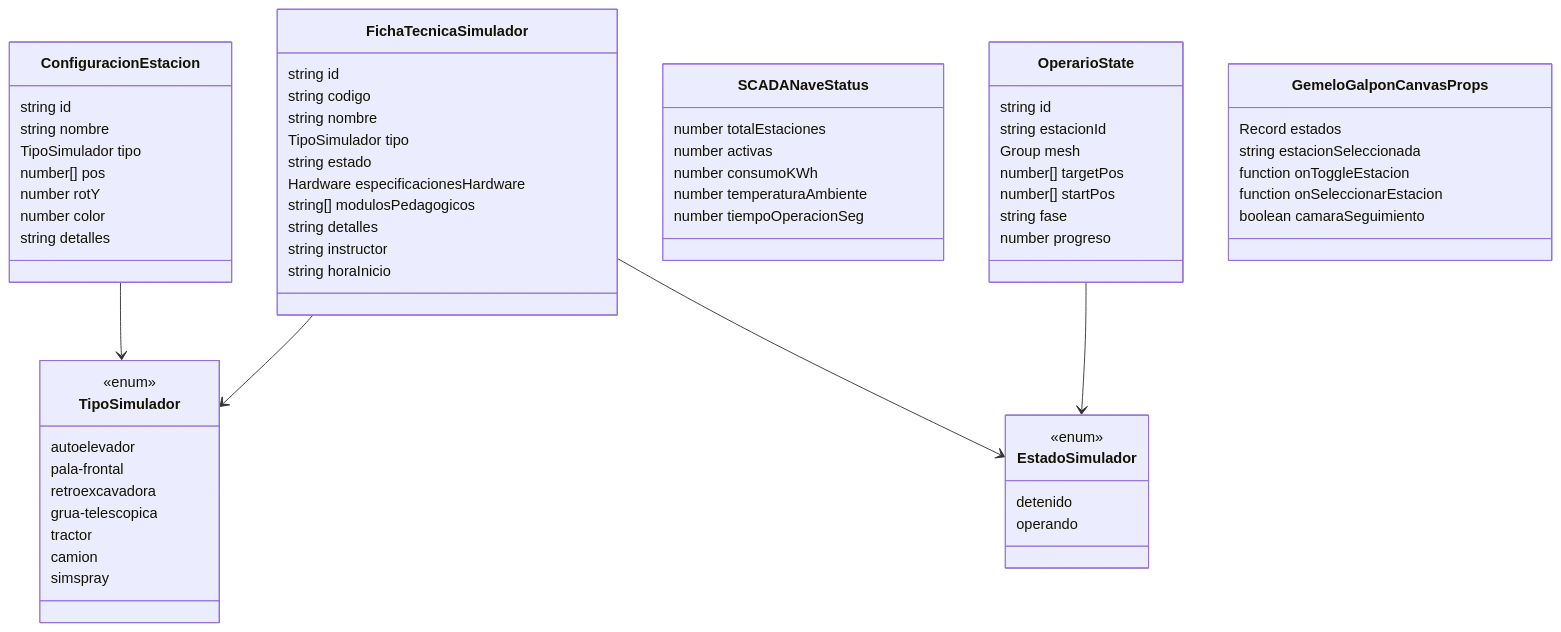
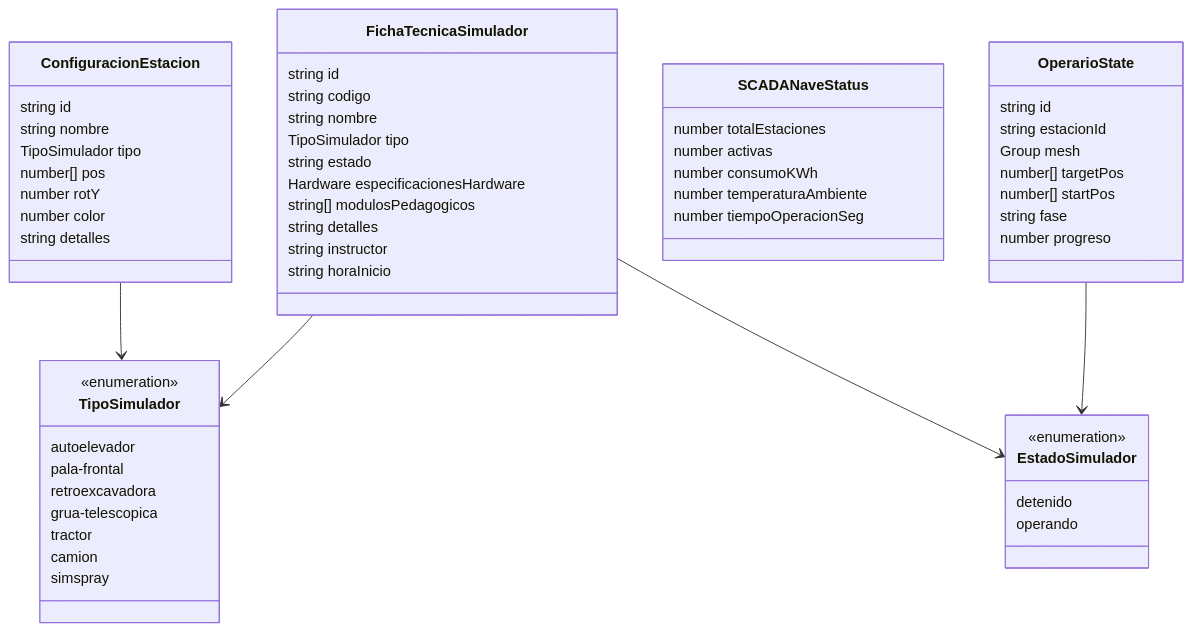
Before and after one commit to AgusCatra/simu-twin-web: the fourth of 5 diagrams in .qoder/repowiki/en/content/Core Services & Business Logic/Telemetry Processing Engine.md, drawn with Mermaid. The commit also changed other lines of this file and 63 other files, not shown here.

````diff
--- a/.qoder/repowiki/en/content/Core Services & Business Logic/Telemetry Processing Engine.md
+++ b/.qoder/repowiki/en/content/Core Services & Business Logic/Telemetry Processing Engine.md
@@ -290,66 +389,59 @@
 ```mermaid
 classDiagram
 class TipoSimulador {
-<<enum>>
+<<enumeration>>
 autoelevador
 pala-frontal
 retroexcavadora
 grua-telescopica
 tractor
 camion
 simspray
 }
 class EstadoSimulador {
-<<enum>>
+<<enumeration>>
 detenido
 operando
 }
 class ConfiguracionEstacion {
 string id
 string nombre
 TipoSimulador tipo
 number[] pos
 number rotY
 number color
 string detalles
 }
 class OperarioState {
 string id
 string estacionId
 Group mesh
 number[] targetPos
 number[] startPos
 string fase
 number progreso
 }
 class SCADANaveStatus {
 number totalEstaciones
 number activas
 number consumoKWh
 number temperaturaAmbiente
 number tiempoOperacionSeg
 }
 class FichaTecnicaSimulador {
 string id
 string codigo
 string nombre
 TipoSimulador tipo
 string estado
 Hardware especificacionesHardware
 string[] modulosPedagogicos
 string detalles
 string instructor
 string horaInicio
 }
-class GemeloGalponCanvasProps {
-Record estados
-string estacionSeleccionada
-function onToggleEstacion
-function onSeleccionarEstacion
-boolean camaraSeguimiento
-}
 FichaTecnicaSimulador --> TipoSimulador
 FichaTecnicaSimulador --> EstadoSimulador
 ConfiguracionEstacion --> TipoSimulador
 OperarioState --> EstadoSimulador
 ```
````
